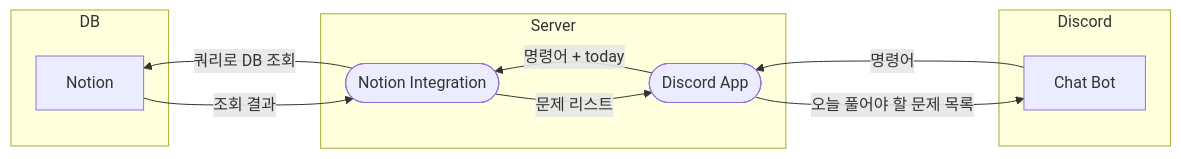
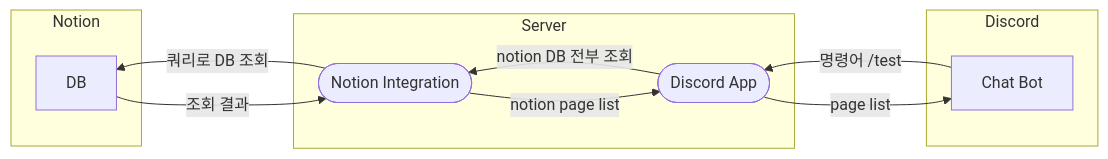
Before and after one commit to yj178/NotionDiscord: the diagram in readme.md, drawn with Mermaid. The commit also changed other lines of this file, not shown here.

Commit message:
#1-docs: 프로젝트 목표 재설정
1차 목표 (마감 5월 7일) 재설정

````diff
--- a/readme.md
+++ b/readme.md
@@ -5,22 +11,22 @@
 ```mermaid
 flowchart RL
   subgraph Discord
     A[Chat Bot]
   end
 
   subgraph Server
     D([Notion Integration])
     C([Discord App])
   end
 
-  subgraph DB
-    B[Notion]
+  subgraph Notion
+    B[DB]
   end
 
-  A -->|명령어| C
-  C -->|명령어 + today| D
-  D -->|문제 리스트| C
+  A -->|명령어 /test| C
+  C -->|notion DB 전부 조회| D
   D -->|쿼리로 DB 조회| B
   B -->|조회 결과| D
-  C -->|오늘 풀어야 할 문제 목록| A
+  D -->|notion page list| C
+  C -->|page list| A
 ```
````
